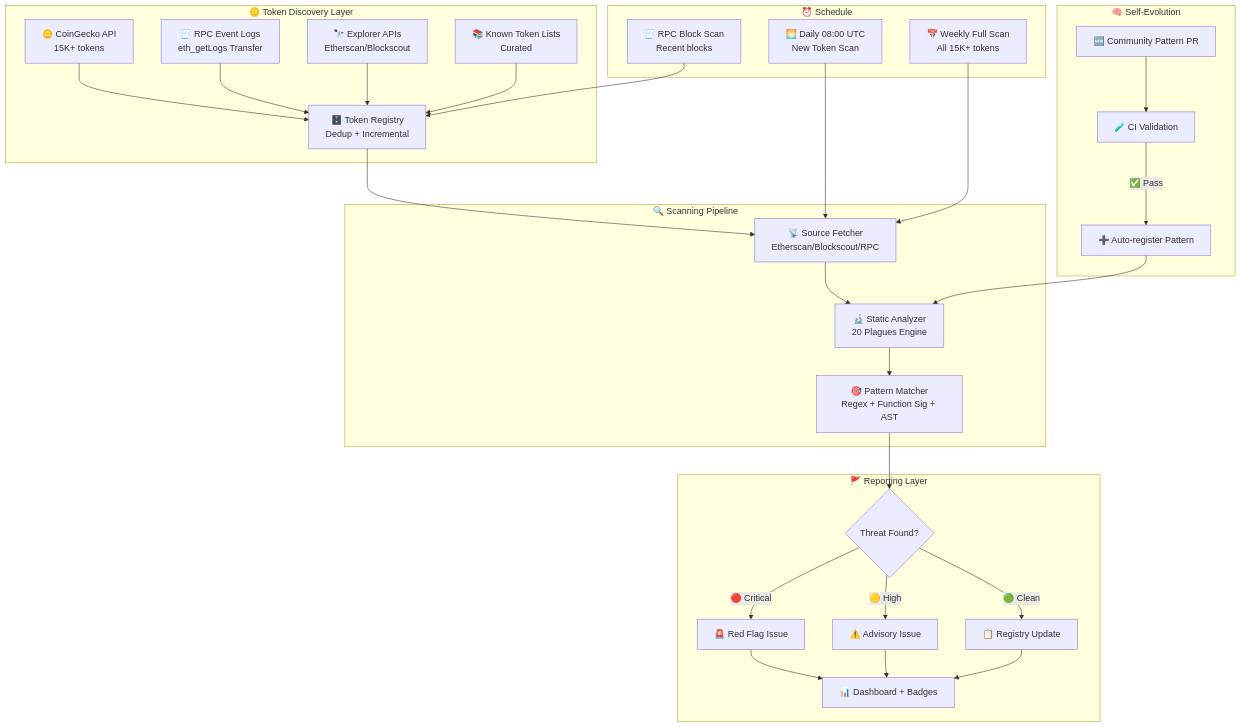
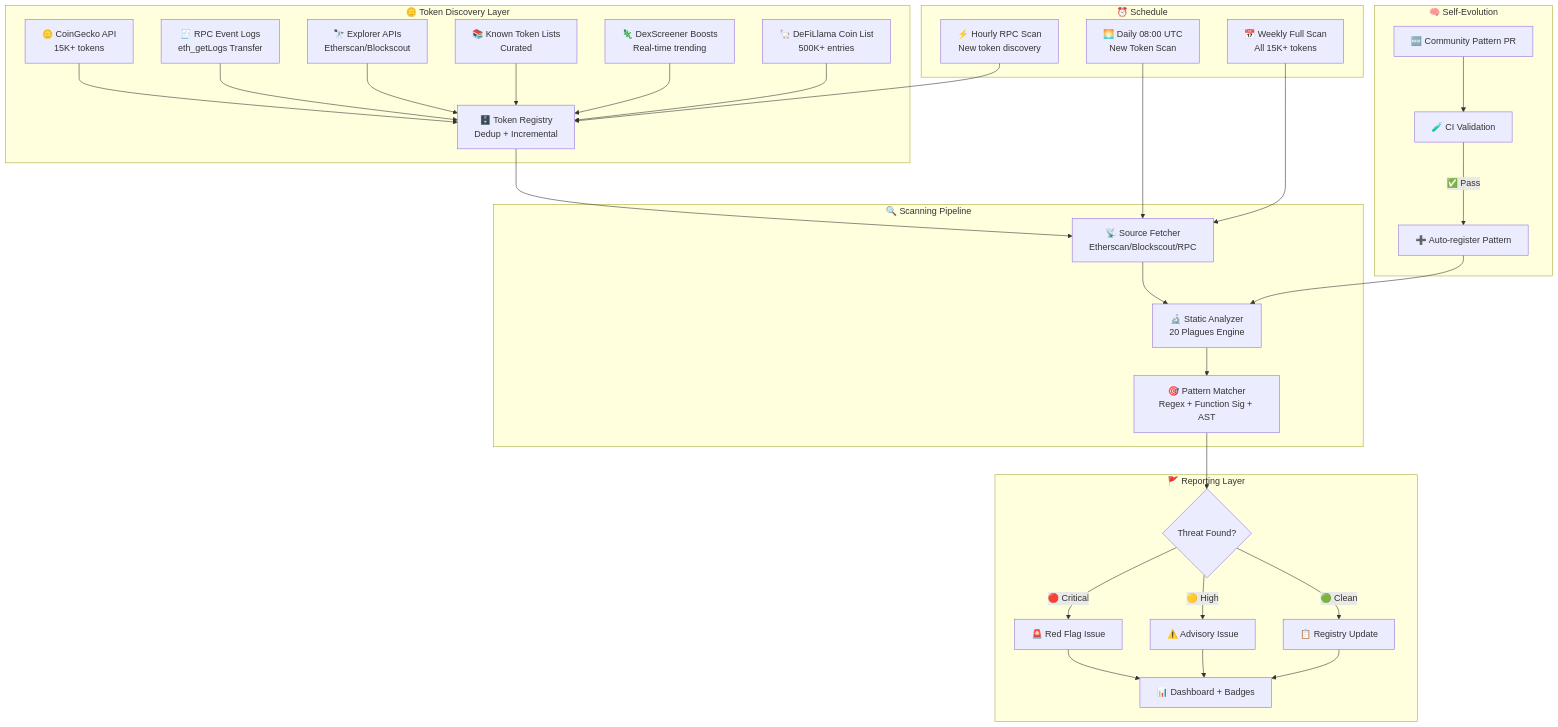
One commit to Lord1Egypt/MaatEye changed the diagram in README.md. Above: the diagram before and after it, drawn with Mermaid. The commit also changed other lines of this file, not shown here.

Commit message:
docs: update architecture diagram to 6 sources + hourly scan

````diff
--- a/README.md
+++ b/README.md
@@ -154,35 +154,37 @@
 ```mermaid
 flowchart TB
     subgraph "🪙 Token Discovery Layer"
         A1[🪙 CoinGecko API<br/>15K+ tokens] --> D[🗄️ Token Registry<br/>Dedup + Incremental]
         A2[🧾 RPC Event Logs<br/>eth_getLogs Transfer] --> D
         A3[🔭 Explorer APIs<br/>Etherscan/Blockscout] --> D
         A4[📚 Known Token Lists<br/>Curated] --> D
+        A5[🦎 DexScreener Boosts<br/>Real-time trending] --> D
+        A6[🦙 DeFiLlama Coin List<br/>500K+ entries] --> D
     end
 
     subgraph "🔍 Scanning Pipeline"
         D --> E[📡 Source Fetcher<br/>Etherscan/Blockscout/RPC]
         E --> F[🔬 Static Analyzer<br/>20 Plagues Engine]
         F --> G[🎯 Pattern Matcher<br/>Regex + Function Sig + AST]
     end
 
     subgraph "🚩 Reporting Layer"
         G --> H{Threat Found?}
         H -->|🔴 Critical| I[🚨 Red Flag Issue]
         H -->|🟡 High| J[⚠️ Advisory Issue]
         H -->|🟢 Clean| K[📋 Registry Update]
         I & J & K --> L[📊 Dashboard + Badges]
     end
 
     subgraph "⏰ Schedule"
         M1[🌅 Daily 08:00 UTC<br/>New Token Scan] --> E
-        M2[📅 Weekly Full Scan<br/>All 15K+ tokens] --> E
-        M3[🧾 RPC Block Scan<br/>Recent blocks] --> D
+        M2[⚡ Hourly RPC Scan<br/>New token discovery] --> D
+        M3[📅 Weekly Full Scan<br/>All 15K+ tokens] --> E
     end
 
     subgraph "🧠 Self-Evolution"
         N[🆕 Community Pattern PR] --> O[🧪 CI Validation]
         O -->|✅ Pass| P[➕ Auto-register Pattern]
         P --> F
     end
 ```
````
